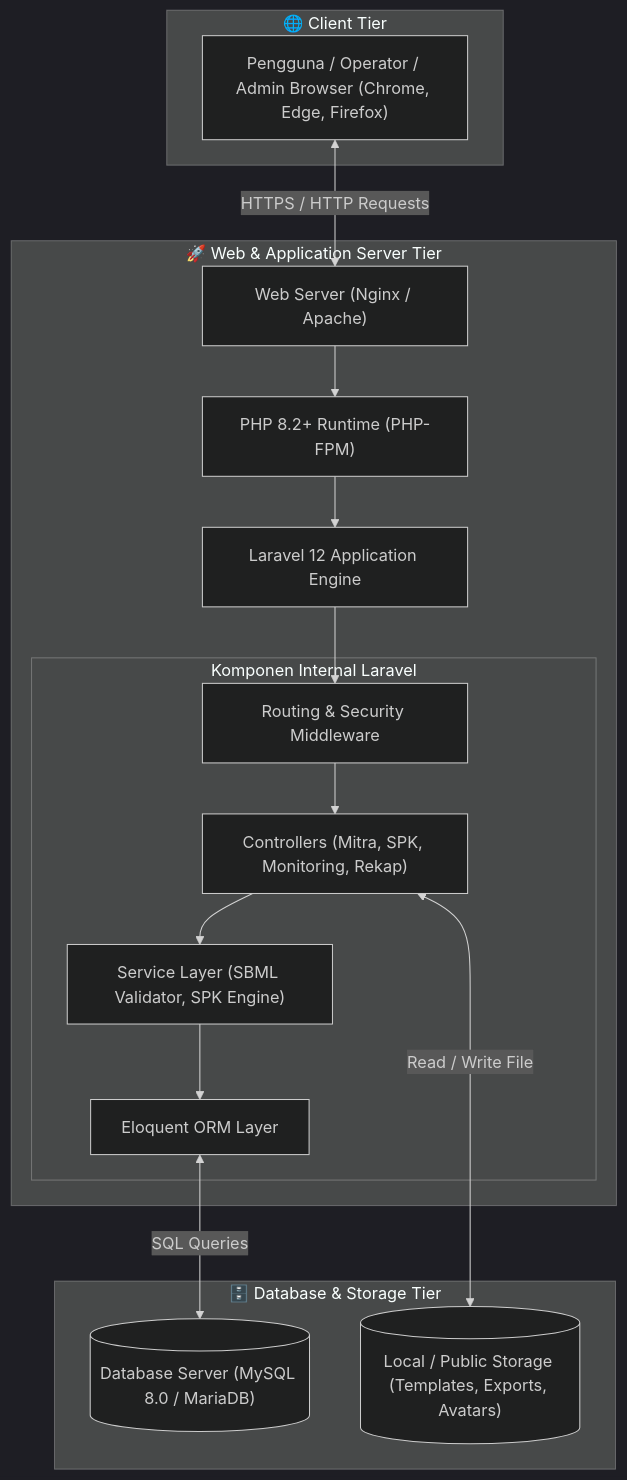
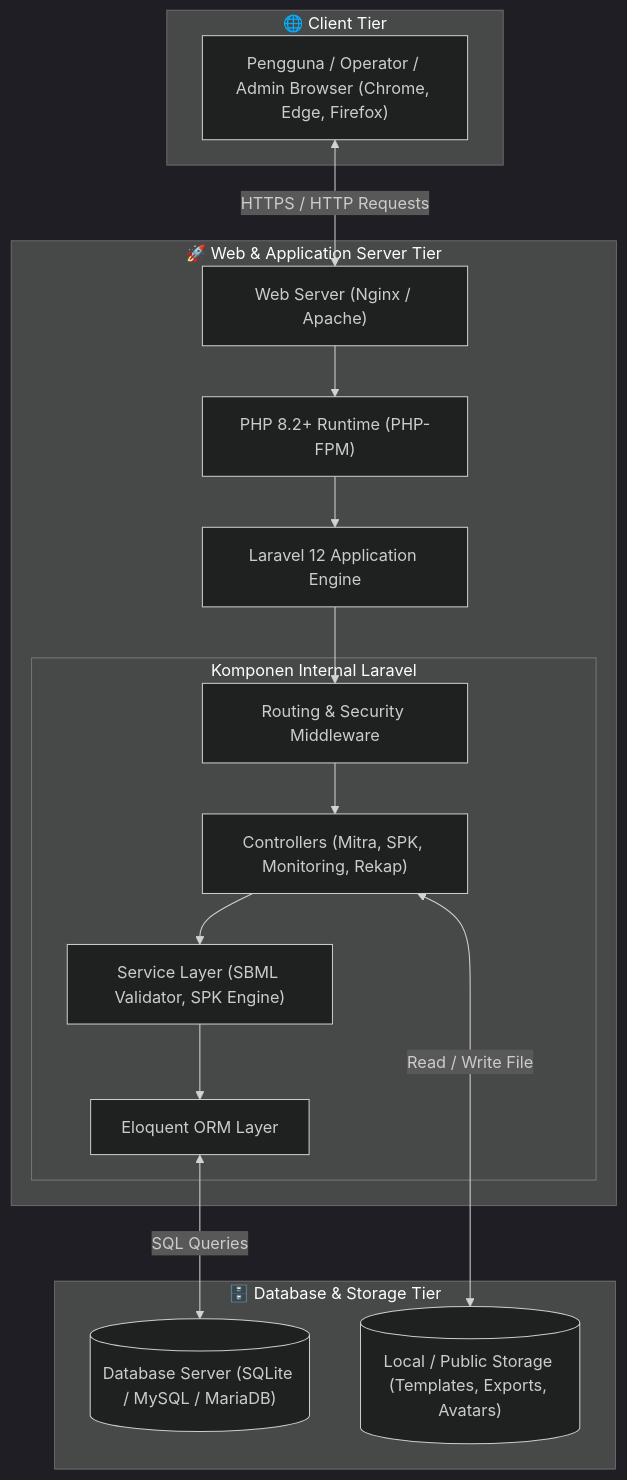
Before and after one commit to supyan1403/SIMANTRA: the eighth of 8 diagrams in README.md, drawn with Mermaid (dark theme). The commit also changed other lines of this file, not shown here.

Commit message:
docs: perbaiki panduan instalasi (MySQL -] SQLite)

````diff
--- a/README.md
+++ b/README.md
@@ -512,35 +512,35 @@
 ```mermaid
 graph TD
     subgraph ClientEnv [" 🌐 Client Tier "]
         UserClient["Pengguna / Operator / Admin Browser (Chrome, Edge, Firefox)"]
     end
 
     subgraph WebServerTier [" 🚀 Web & Application Server Tier "]
         WebServer["Web Server (Nginx / Apache)"]
         PHPEngine["PHP 8.2+ Runtime (PHP-FPM)"]
         LaravelApp["Laravel 12 Application Engine"]
         
         subgraph LaravelComponents [" Komponen Internal Laravel "]
             RoutingMW["Routing & Security Middleware"]
             ControllersLayer["Controllers (Mitra, SPK, Monitoring, Rekap)"]
             ServiceLayer["Service Layer (SBML Validator, SPK Engine)"]
             EloquentORM["Eloquent ORM Layer"]
         end
 
         WebServer --> PHPEngine
         PHPEngine --> LaravelApp
         LaravelApp --> RoutingMW
         RoutingMW --> ControllersLayer
         ControllersLayer --> ServiceLayer
         ServiceLayer --> EloquentORM
     end
 
     subgraph StorageTier [" 🗄️ Database & Storage Tier "]
-        MySQLDB[("Database Server (MySQL 8.0 / MariaDB)")]
+        MySQLDB[("Database Server (SQLite / MySQL / MariaDB)")]
         FileStorage[("Local / Public Storage (Templates, Exports, Avatars)")]
     end
 
     UserClient <-->|HTTPS / HTTP Requests| WebServer
     EloquentORM <-->|SQL Queries| MySQLDB
     ControllersLayer <-->|Read / Write File| FileStorage
 ```
````
